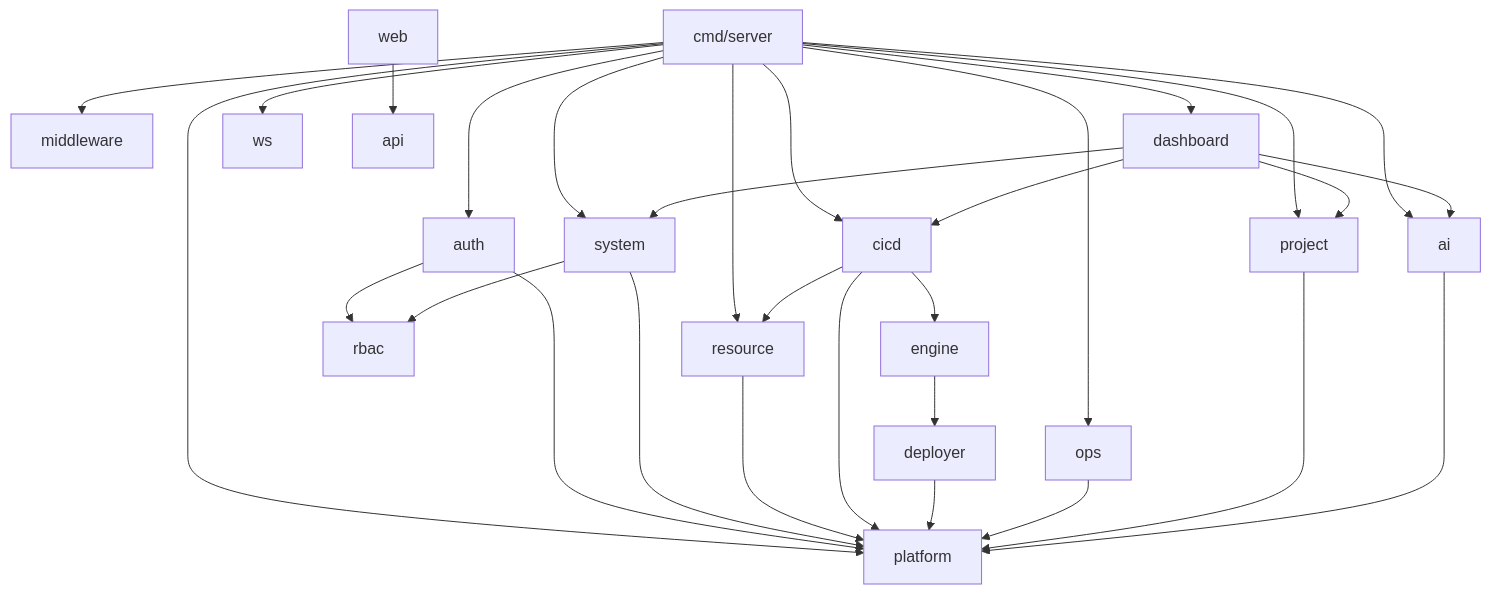
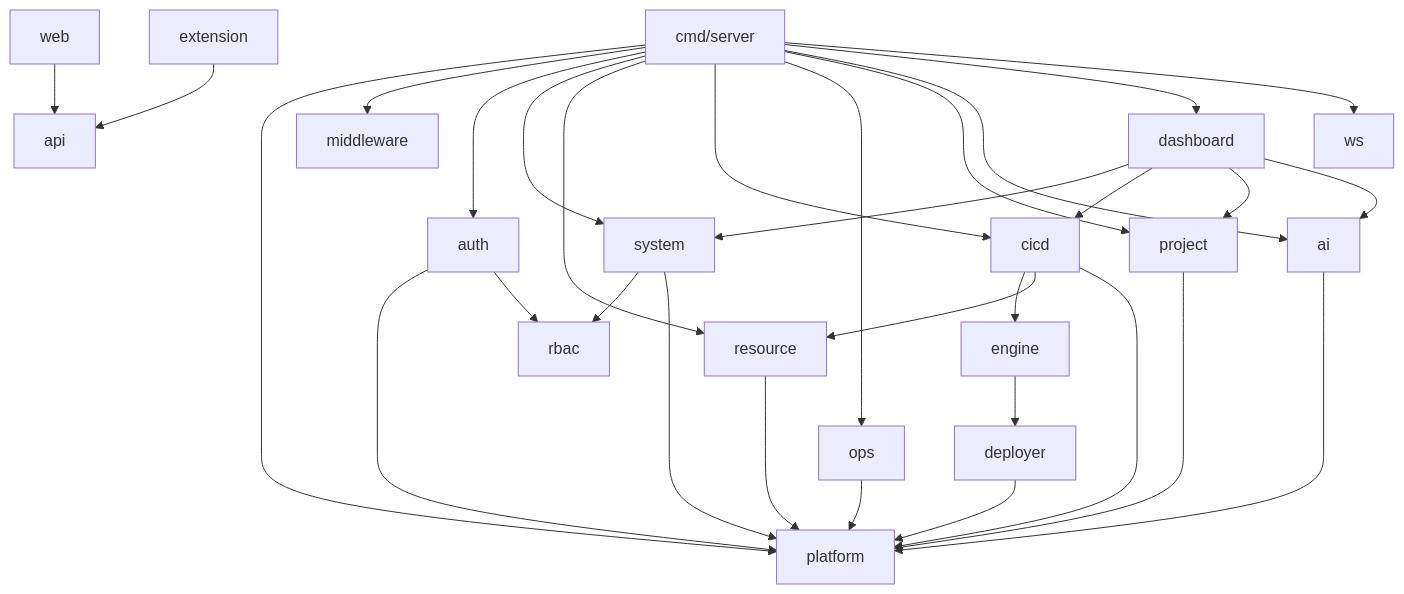
One commit to cabinet-fe/bedrock changed the diagram in .agents/docs/CODE-MAP.md. Above: the diagram before and after it, drawn with Mermaid. The commit also changed other lines of this file and 1 other file, not shown here.

First line of the commit message:
docs(arch): 收录 extension 浏览器插件应用边界

````diff
--- a/.agents/docs/CODE-MAP.md
+++ b/.agents/docs/CODE-MAP.md
@@ -86,32 +88,33 @@
 ```mermaid
 graph TD
   server[cmd/server] --> platform
   server --> middleware
   server --> auth
   server --> system
   server --> resource
   server --> cicd
   server --> ops
   server --> project
   server --> ai
   server --> dashboard
   server --> ws
   auth --> platform
   auth --> rbac
   system --> rbac
   system --> platform
   resource --> platform
   cicd --> engine
   cicd --> resource
   cicd --> platform
   engine --> deployer
   deployer --> platform
   ops --> platform
   project --> platform
   ai --> platform
   dashboard --> system
   dashboard --> cicd
   dashboard --> project
   dashboard --> ai
   web --> api
+  extension --> api
 ```
````
